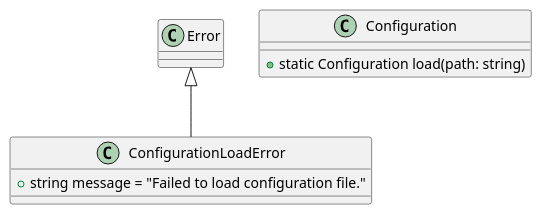
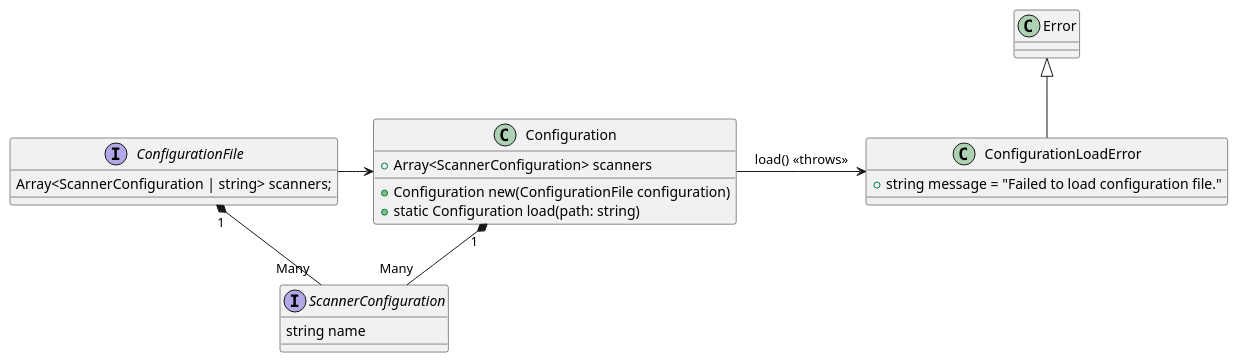
The diagram in application/src/Configuration/CodeDiagram.puml (acodeninja/continuous-security), drawn with PlantUML before and after one commit.

Commit message:
Update UML diagram for Configuration

```diff
--- a/application/src/Configuration/CodeDiagram.puml
+++ b/application/src/Configuration/CodeDiagram.puml
@@ -1,12 +1,27 @@
 @startuml
 skinparam backgroundColor transparent
 skinparam linetype polyline
 
 class ConfigurationLoadError extends Error {
-    +{field} string message = "Failed to load configuration file."
+  +{field} string message = "Failed to load configuration file."
 }
 
 class Configuration {
-    +{method} static Configuration load(path: string)
+  +{field} Array<ScannerConfiguration> scanners
+  +{method} Configuration new(ConfigurationFile configuration)
+  +{method} static Configuration load(path: string)
 }
+
+interface ConfigurationFile {
+  {field} Array<ScannerConfiguration | string> scanners;
+}
+
+interface ScannerConfiguration {
+  {field} string name
+}
+
+ConfigurationFile "1" *-- "Many" ScannerConfiguration
+Configuration "1" *-- "Many" ScannerConfiguration
+Configuration -> ConfigurationLoadError: load() <<throws>>
+ConfigurationFile -> Configuration
 @enduml
```
